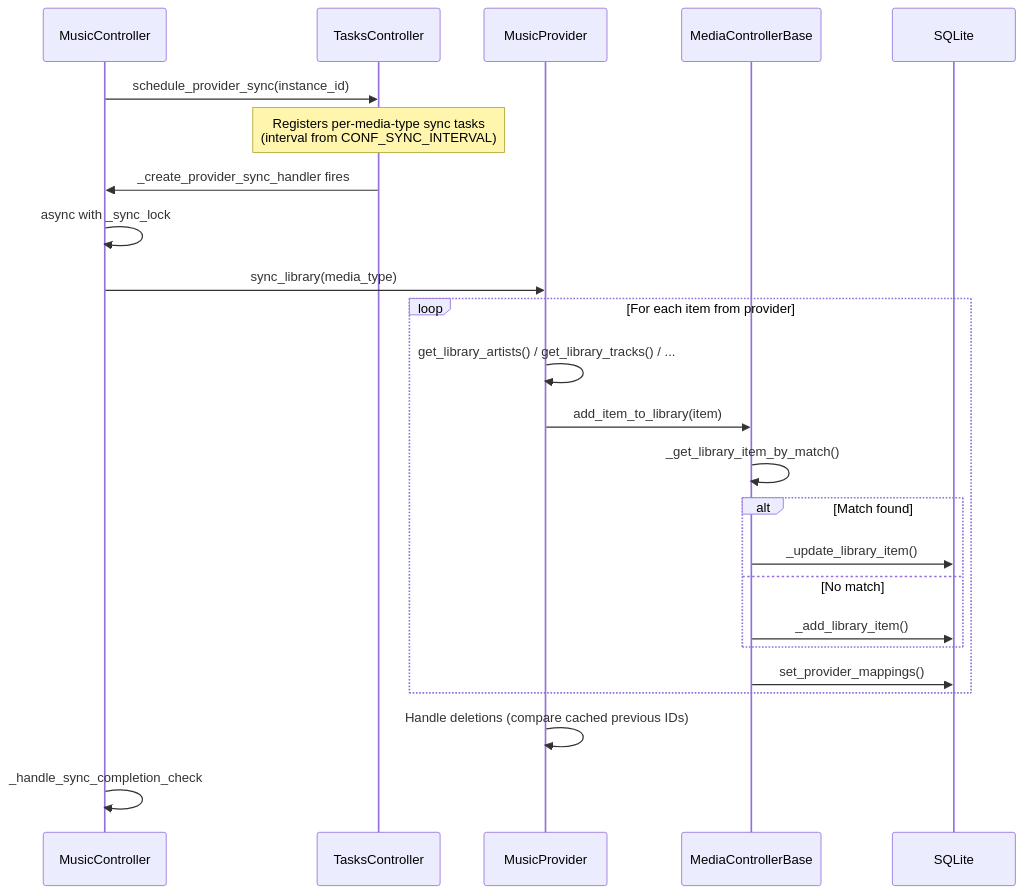
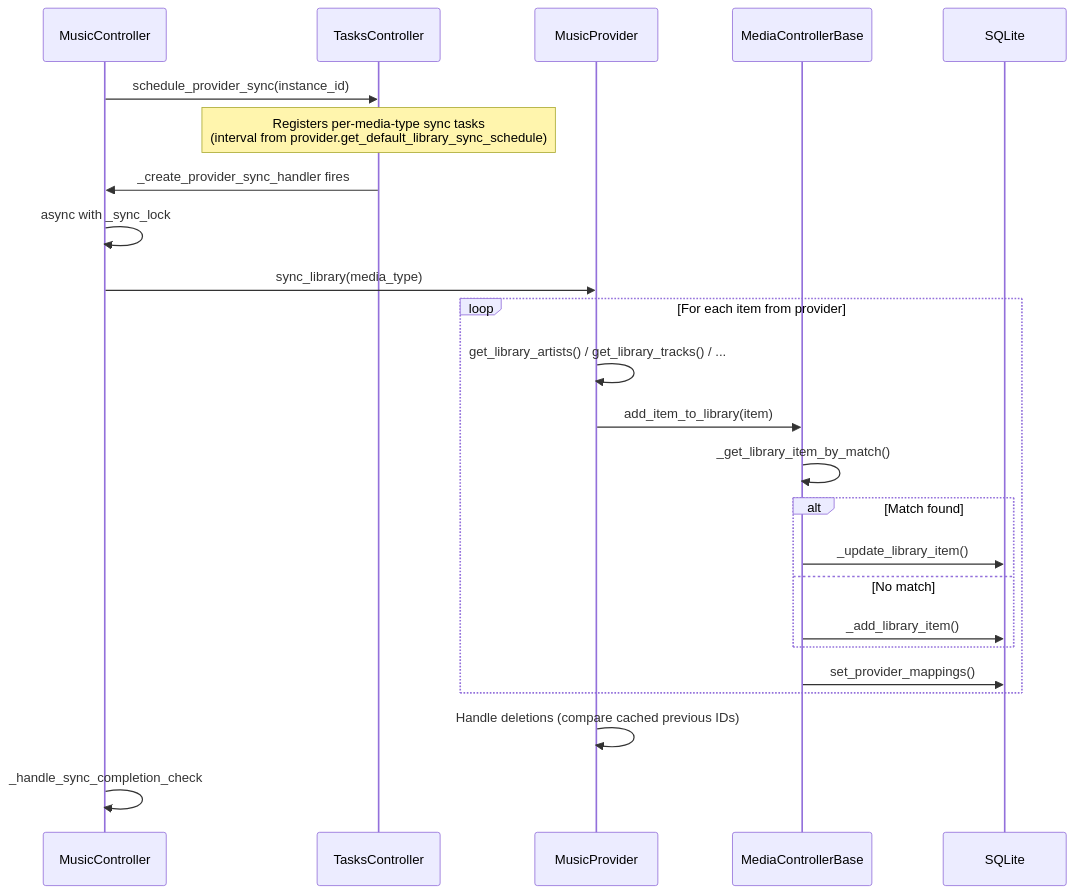
The second of 2 diagrams in docs/architecture/08-media-library.md (theturtle32/music-assistant-server), drawn with Mermaid before and after one commit. The commit also changed other lines of this file and 13 other files, not shown here.

````diff
--- a/docs/architecture/08-media-library.md
+++ b/docs/architecture/08-media-library.md
@@ -215,27 +216,27 @@
 ```mermaid
 sequenceDiagram
     participant MC as MusicController
     participant Tasks as TasksController
     participant MP as MusicProvider
     participant Base as MediaControllerBase
     participant DB as SQLite
 
     MC->>Tasks: schedule_provider_sync(instance_id)
-    Note over Tasks: Registers per-media-type sync tasks<br/>(interval from CONF_SYNC_INTERVAL)
+    Note over Tasks: Registers per-media-type sync tasks<br/>(interval from provider.get_default_library_sync_schedule)
     Tasks->>MC: _create_provider_sync_handler fires
     MC->>MC: async with _sync_lock
     MC->>MP: sync_library(media_type)
     loop For each item from provider
         MP->>MP: get_library_artists() / get_library_tracks() / ...
         MP->>Base: add_item_to_library(item)
         Base->>Base: _get_library_item_by_match()
         alt Match found
             Base->>DB: _update_library_item()
         else No match
             Base->>DB: _add_library_item()
         end
         Base->>DB: set_provider_mappings()
     end
     MP->>MP: Handle deletions (compare cached previous IDs)
     MC->>MC: _handle_sync_completion_check
 ```
````
